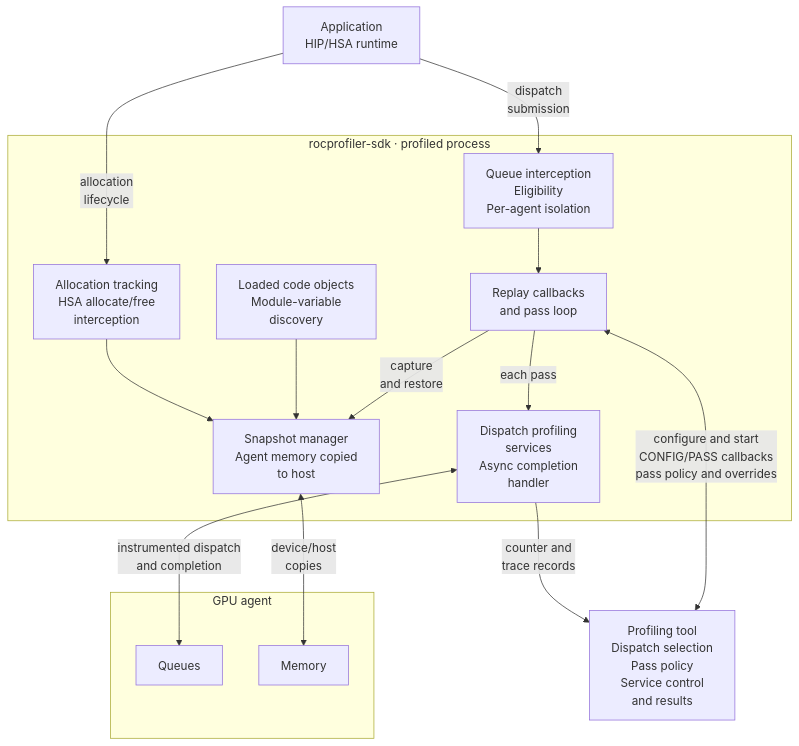
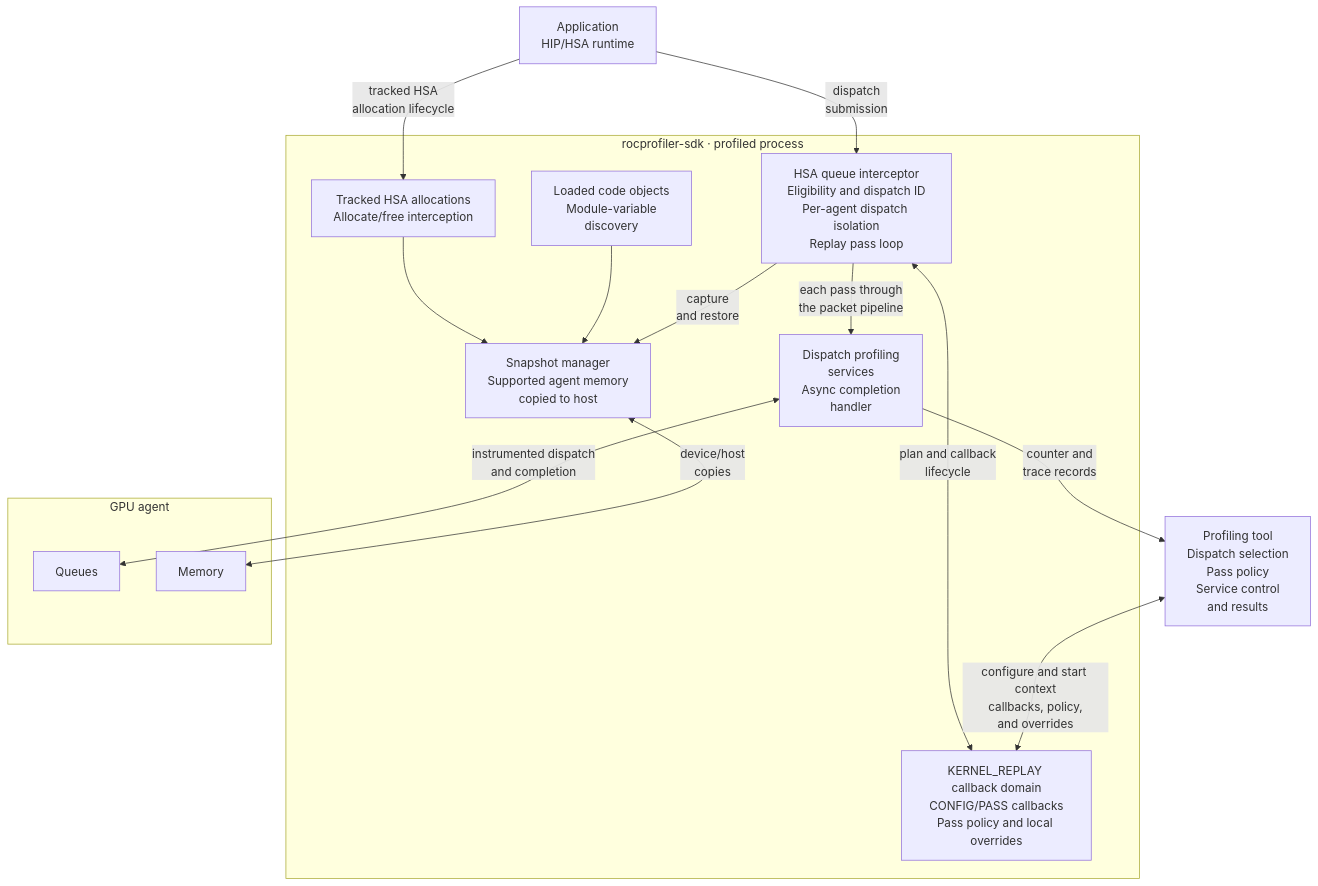
One commit to ROCm/rocm-systems changed the first of 7 diagrams in projects/rocprofiler-compute/docs/design/hld-kernel-replay.md. Above: the diagram before and after it, drawn with Mermaid.

Commit message:
update mermaid

````diff
--- a/projects/rocprofiler-compute/docs/design/hld-kernel-replay.md
+++ b/projects/rocprofiler-compute/docs/design/hld-kernel-replay.md
@@ -58,31 +58,31 @@
 ```mermaid
 flowchart TD
     App["Application<br/>HIP/HSA runtime"]
     Tool["Profiling tool<br/>Dispatch selection<br/>Pass policy<br/>Service control<br/>and results"]
 
     subgraph SDK["rocprofiler-sdk · profiled process"]
-        Queue["Queue interception<br/>Eligibility<br/>Per-agent isolation"]
-        Replay["Replay callbacks<br/>and pass loop"]
-        Tracker["Allocation tracking<br/>HSA allocate/free<br/>interception"]
+        Queue["HSA queue interceptor<br/>Eligibility and dispatch ID<br/>Per-agent dispatch isolation<br/>Replay pass loop"]
+        Replay["KERNEL_REPLAY callback domain<br/>CONFIG/PASS callbacks<br/>Pass policy and local overrides"]
+        Tracker["Tracked HSA allocations<br/>Allocate/free interception"]
         Modules["Loaded code objects<br/>Module-variable<br/>discovery"]
-        Snapshot["Snapshot manager<br/>Agent memory copied<br/>to host"]
+        Snapshot["Snapshot manager<br/>Supported agent memory<br/>copied to host"]
         Services["Dispatch profiling<br/>services<br/>Async completion<br/>handler"]
-        Queue --> Replay
+        Queue <-->|"plan and callback<br/>lifecycle"| Replay
         Tracker --> Snapshot
         Modules --> Snapshot
-        Replay -- "capture<br/>and restore" --> Snapshot
-        Replay -- "each pass" --> Services
+        Queue -- "capture<br/>and restore" --> Snapshot
+        Queue -- "each pass through<br/>the packet pipeline" --> Services
     end
 
     subgraph GPU["GPU agent"]
         Queues["Queues"]
         Memory["Memory"]
     end
 
     App -- "dispatch<br/>submission" --> Queue
-    App -- "allocation<br/>lifecycle" --> Tracker
-    Tool <-->|"configure and start<br/>CONFIG/PASS callbacks<br/>pass policy and overrides"| Replay
+    App -- "tracked HSA<br/>allocation lifecycle" --> Tracker
+    Tool <-->|"configure and start context<br/>callbacks, policy,<br/>and overrides"| Replay
     Services <-->|"instrumented dispatch<br/>and completion"| Queues
     Services -- "counter and<br/>trace records" --> Tool
     Snapshot <-->|"device/host<br/>copies"| Memory
 ```
````
